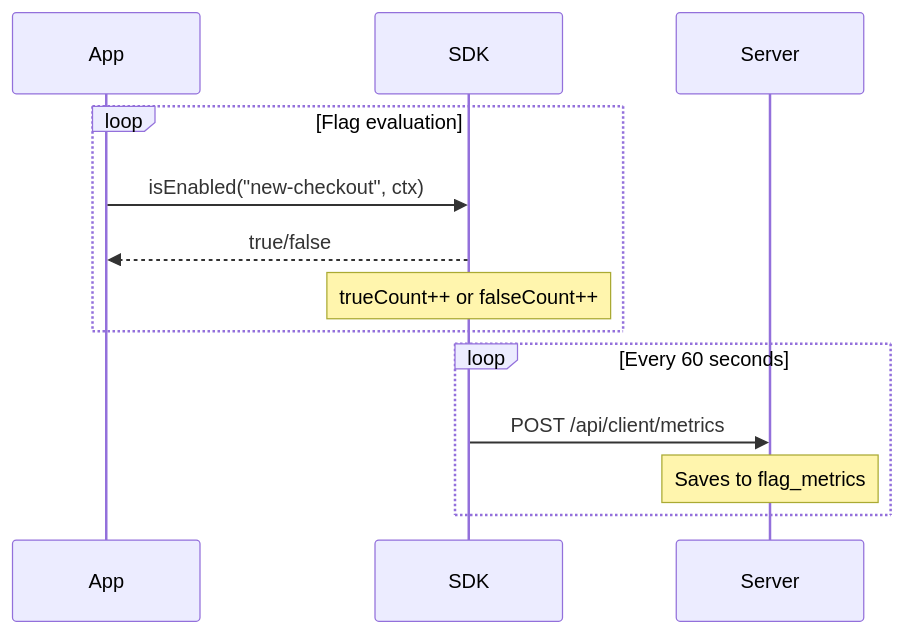
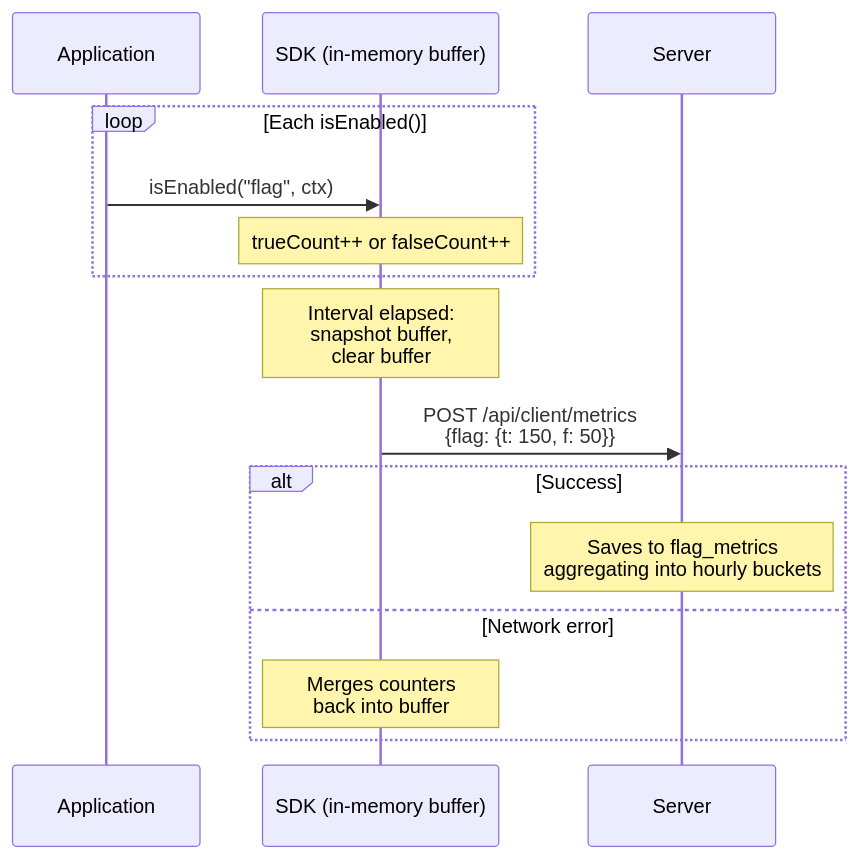
Before and after one commit to edgar-dev20/mozhno: the diagram in docs/en/guide/metrics.md, drawn with Mermaid. The commit also changed other lines of this file and 1 other file, not shown here.

Commit message:
docs: fix metrics — show SDK buffer/snapshot/retry flow, correct timeBucket to hourly; remove fake audit export

````diff
--- a/docs/en/guide/metrics.md
+++ b/docs/en/guide/metrics.md
@@ -9,17 +9,21 @@
 ```mermaid
 sequenceDiagram
-    participant App
-    participant SDK
+    participant App as Application
+    participant SDK as SDK (in-memory buffer)
     participant Server
 
-    loop Flag evaluation
-        App->>SDK: isEnabled("new-checkout", ctx)
-        SDK-->>App: true/false
+    loop Each isEnabled()
+        App->>SDK: isEnabled("flag", ctx)
         Note over SDK: trueCount++ or falseCount++
     end
 
-    loop Every 60 seconds
-        SDK->>Server: POST /api/client/metrics
-        Note over Server: Saves to flag_metrics
+    Note over SDK: Interval elapsed:<br/>snapshot buffer,<br/>clear buffer
+
+    SDK->>Server: POST /api/client/metrics<br/>{flag: {t: 150, f: 50}}
+
+    alt Success
+        Note over Server: Saves to flag_metrics<br/>aggregating into hourly buckets
+    else Network error
+        Note over SDK: Merges counters<br/>back into buffer
     end
 ```
````
